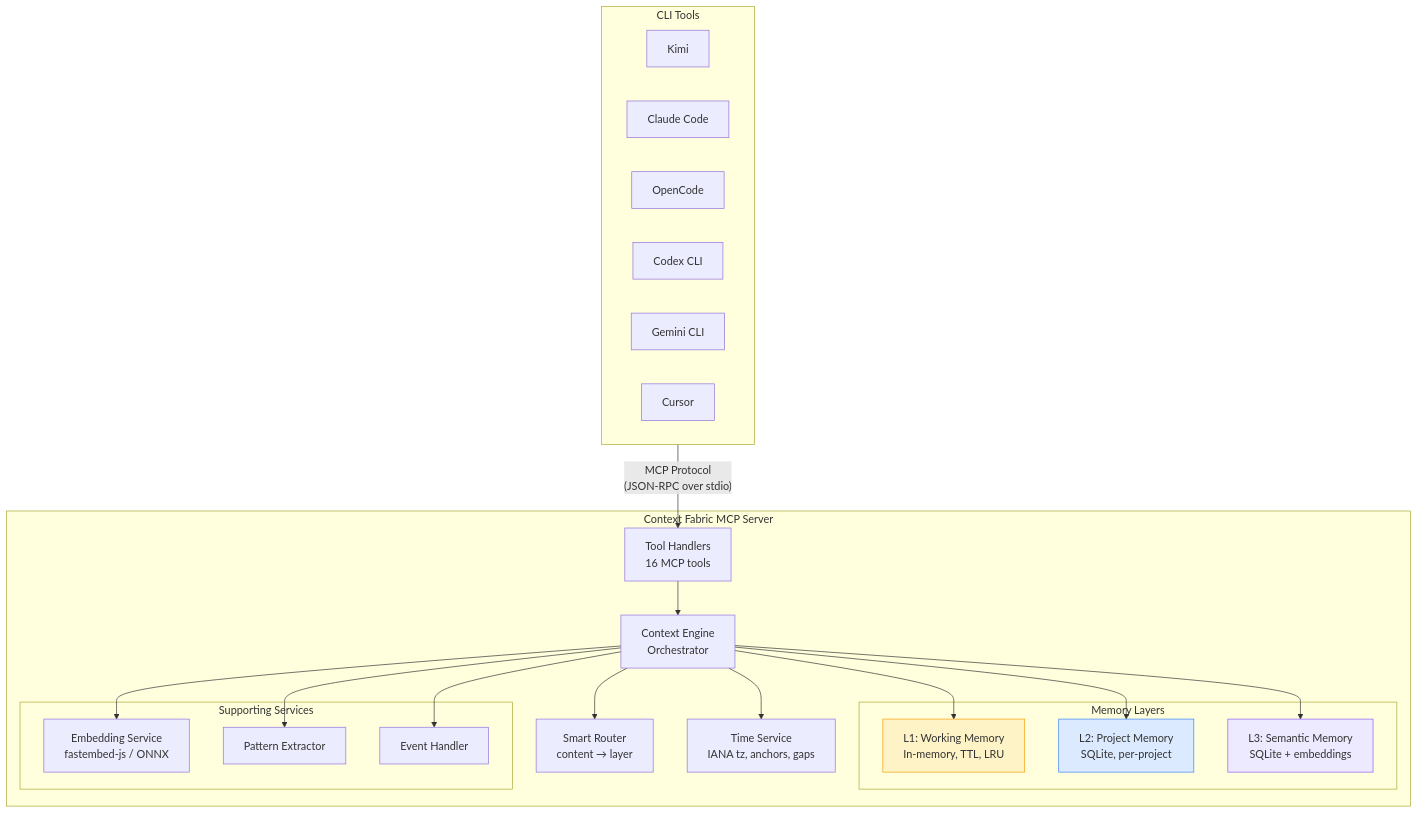
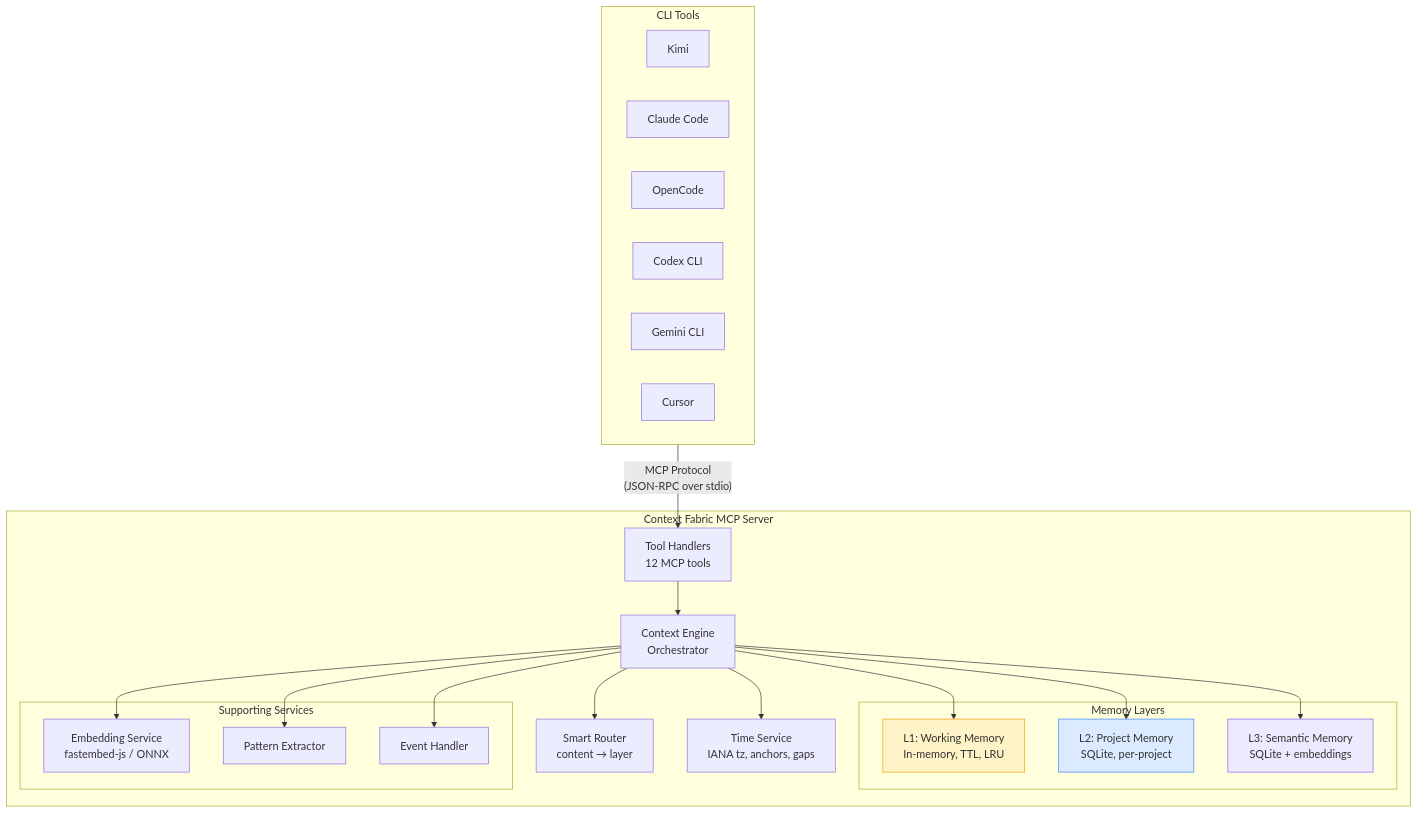
Before and after one commit to Abaddollyon/context-fabric: the first of 9 diagrams in docs/architecture.md, drawn with Mermaid. The commit also changed other lines of this file and 21 other files, not shown here.

````diff
--- a/docs/architecture.md
+++ b/docs/architecture.md
@@ -25,46 +30,46 @@
 ```mermaid
 graph TB
     subgraph Clients["CLI Tools"]
         K["Kimi"]
         CC["Claude Code"]
         OC["OpenCode"]
         CX["Codex CLI"]
         GC["Gemini CLI"]
         CR["Cursor"]
     end
 
     subgraph Server["Context Fabric MCP Server"]
-        TH["Tool Handlers\n16 MCP tools"]
+        TH["Tool Handlers\n12 MCP tools"]
         CE["Context Engine\nOrchestrator"]
         SR["Smart Router\ncontent → layer"]
         TS["Time Service\nIANA tz, anchors, gaps"]
 
         subgraph Layers["Memory Layers"]
             L1["L1: Working Memory\nIn-memory, TTL, LRU"]
             L2["L2: Project Memory\nSQLite, per-project"]
             L3["L3: Semantic Memory\nSQLite + embeddings"]
         end
 
         subgraph Services["Supporting Services"]
             ES["Embedding Service\nfastembed-js / ONNX"]
             PE["Pattern Extractor"]
             EH["Event Handler"]
         end
 
         TH --> CE
         CE --> SR
         CE --> TS
         CE --> L1
         CE --> L2
         CE --> L3
         CE --> ES
         CE --> PE
         CE --> EH
     end
 
     Clients -->|"MCP Protocol\n(JSON-RPC over stdio)"| TH
 
     style L1 fill:#fef3c7,stroke:#f59e0b
     style L2 fill:#dbeafe,stroke:#3b82f6
     style L3 fill:#ede9fe,stroke:#8b5cf6
 ```
````
